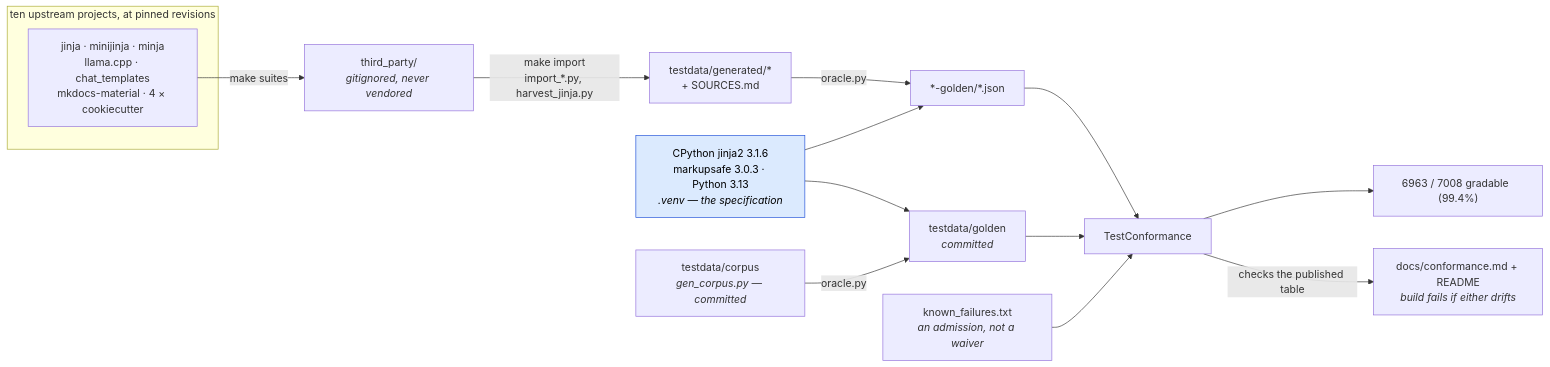
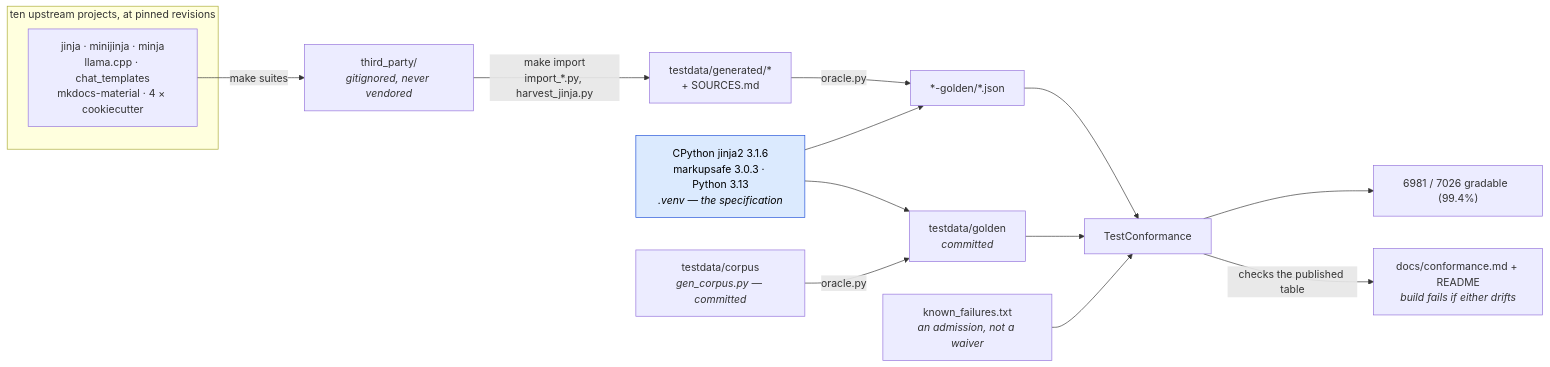
Before and after one commit to mgilbir/gojja2: the first of 2 diagrams in docs/conformance.md, drawn with Mermaid. The commit also changed other lines of this file and 62 other files, not shown here.

````diff
--- a/docs/conformance.md
+++ b/docs/conformance.md
@@ -17,24 +17,24 @@
 ```mermaid
 flowchart LR
     subgraph up["ten upstream projects, at pinned revisions"]
         U1["jinja · minijinja · minja<br/>llama.cpp · chat_templates<br/>mkdocs-material · 4 × cookiecutter"]
     end
     U1 -->|"make suites"| TP["third_party/<br/><i>gitignored, never vendored</i>"]
     TP -->|"make import<br/>import_*.py, harvest_jinja.py"| GEN["testdata/generated/*<br/>+ SOURCES.md"]
 
     ORA["CPython jinja2 3.1.6<br/>markupsafe 3.0.3 · Python 3.13<br/><i>.venv — the specification</i>"]
     GEN -->|"oracle.py"| G2["*-golden/*.json"]
     ORA --> G2
 
     OWN["testdata/corpus<br/><i>gen_corpus.py — committed</i>"] -->|"oracle.py"| G1["testdata/golden<br/><i>committed</i>"]
     ORA --> G1
 
     G1 --> TC["TestConformance"]
     G2 --> TC
     KF["known_failures.txt<br/><i>an admission, not a waiver</i>"] --> TC
-    TC --> RATE["6963 / 7008 gradable  (99.4%)"]
+    TC --> RATE["6981 / 7026 gradable  (99.4%)"]
     TC -->|"checks the published table"| RM["docs/conformance.md + README<br/><i>build fails if either drifts</i>"]
 
     classDef spec fill:#dbeafe,stroke:#1d4ed8,color:#000
     class ORA spec
 ```
````
